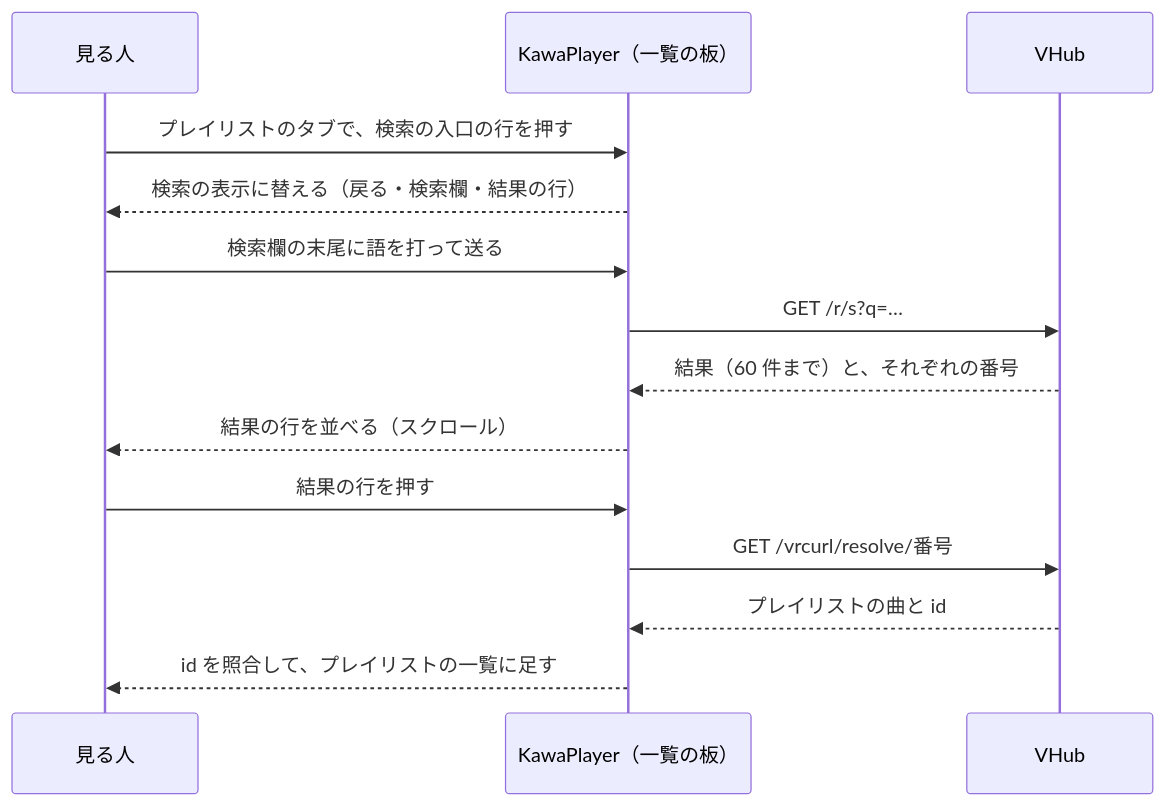
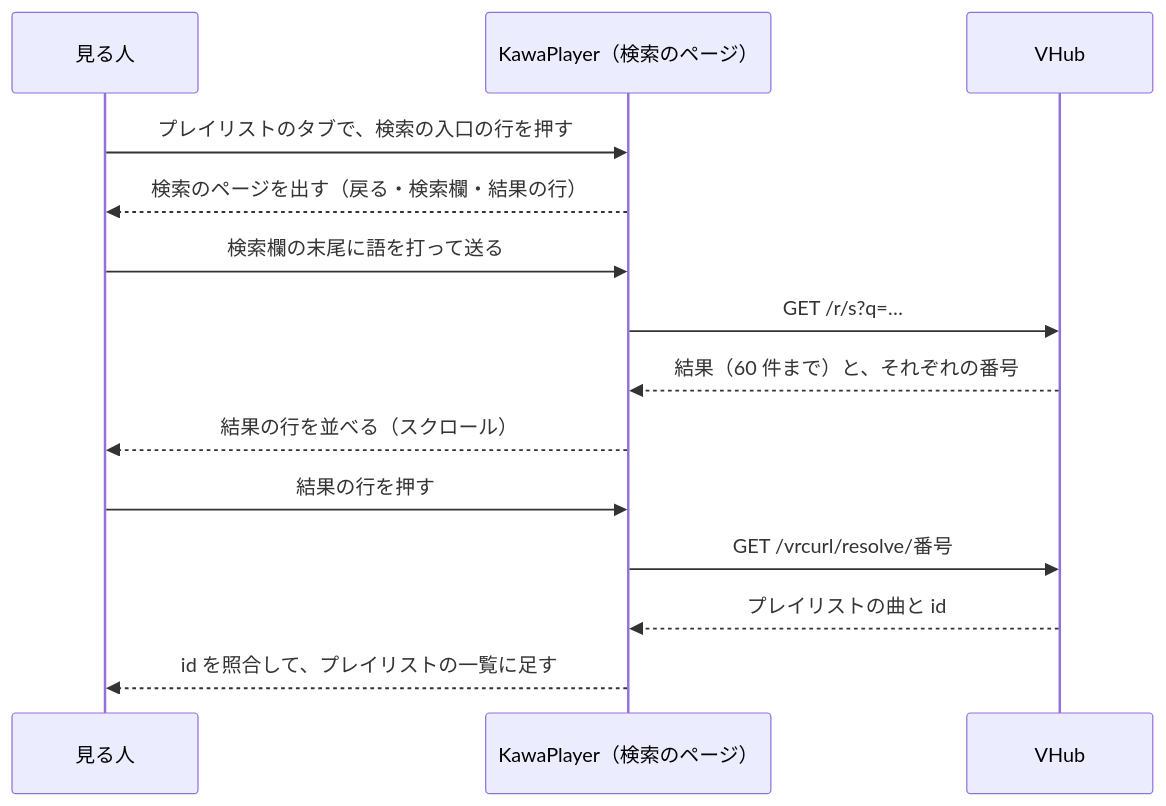
Before and after one commit to Mega-Gorilla/KawaPlayer: the diagram in docs/design/145-vhub-search/README.md, drawn with Mermaid. The commit also changed other lines of this file and 40 other files, not shown here.

````diff
--- a/docs/design/145-vhub-search/README.md
+++ b/docs/design/145-vhub-search/README.md
@@ -214,16 +216,16 @@
 ```mermaid
 sequenceDiagram
   participant U as 見る人
-  participant K as KawaPlayer（一覧の板）
+  participant K as KawaPlayer（検索のページ）
   participant V as VHub
   U->>K: プレイリストのタブで、検索の入口の行を押す
-  K-->>U: 検索の表示に替える（戻る・検索欄・結果の行）
+  K-->>U: 検索のページを出す（戻る・検索欄・結果の行）
   U->>K: 検索欄の末尾に語を打って送る
   K->>V: GET /r/s?q=…
   V-->>K: 結果（60 件まで）と、それぞれの番号
   K-->>U: 結果の行を並べる（スクロール）
   U->>K: 結果の行を押す
   K->>V: GET /vrcurl/resolve/番号
   V-->>K: プレイリストの曲と id
   K-->>U: id を照合して、プレイリストの一覧に足す
 ```
````
